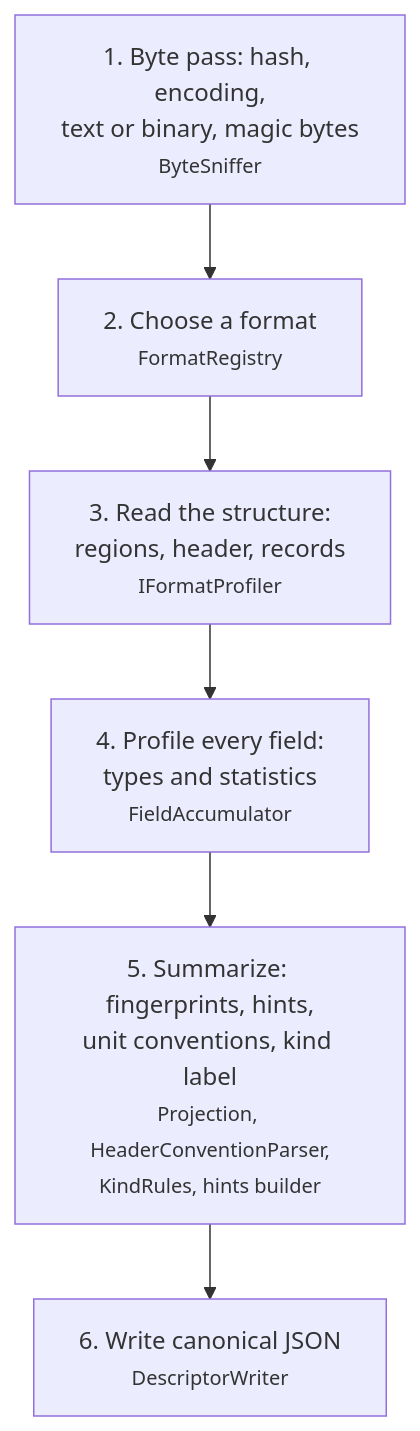
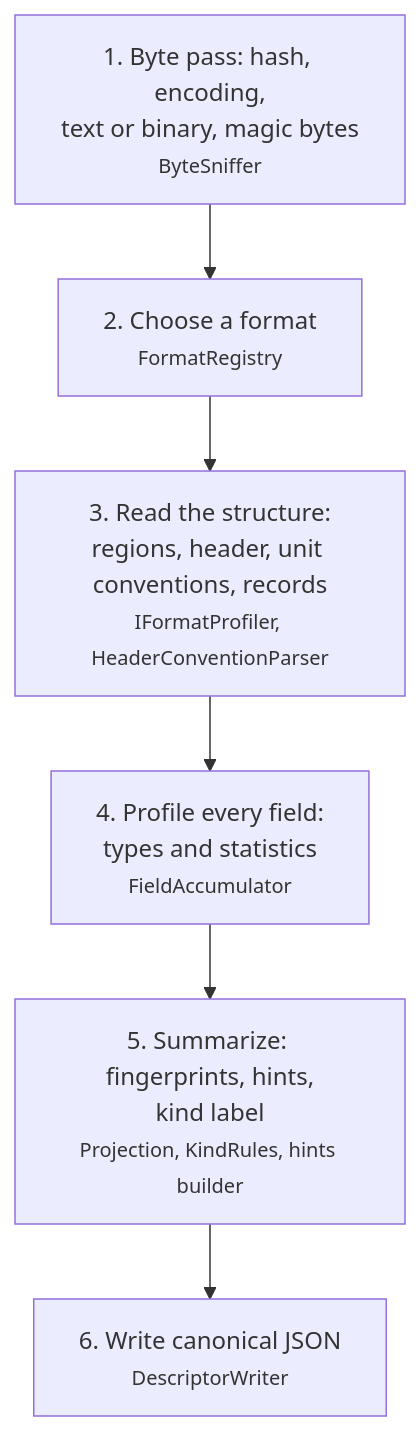
One commit to squalor-xyz/squalify changed the second of 18 diagrams in docs/how-it-works.md. Above: the diagram before and after it, drawn with Mermaid. The commit also changed other lines of this file and 32 other files, not shown here.

Commit message:
sq-14: header-unit conventions

````diff
--- a/docs/how-it-works.md
+++ b/docs/how-it-works.md
@@ -29,8 +29,8 @@
 ```mermaid
 flowchart TD
     A["1. Byte pass: hash, encoding,<br/>text or binary, magic bytes<br/><small>ByteSniffer</small>"] --> B["2. Choose a format<br/><small>FormatRegistry</small>"]
-    B --> C["3. Read the structure:<br/>regions, header, records<br/><small>IFormatProfiler</small>"]
+    B --> C["3. Read the structure:<br/>regions, header, unit conventions, records<br/><small>IFormatProfiler, HeaderConventionParser</small>"]
     C --> D["4. Profile every field:<br/>types and statistics<br/><small>FieldAccumulator</small>"]
-    D --> E["5. Summarize: fingerprints, hints,<br/>unit conventions, kind label<br/><small>Projection, HeaderConventionParser,<br/>KindRules, hints builder</small>"]
+    D --> E["5. Summarize: fingerprints, hints,<br/>kind label<br/><small>Projection, KindRules, hints builder</small>"]
     E --> F["6. Write canonical JSON<br/><small>DescriptorWriter</small>"]
 ```
````
